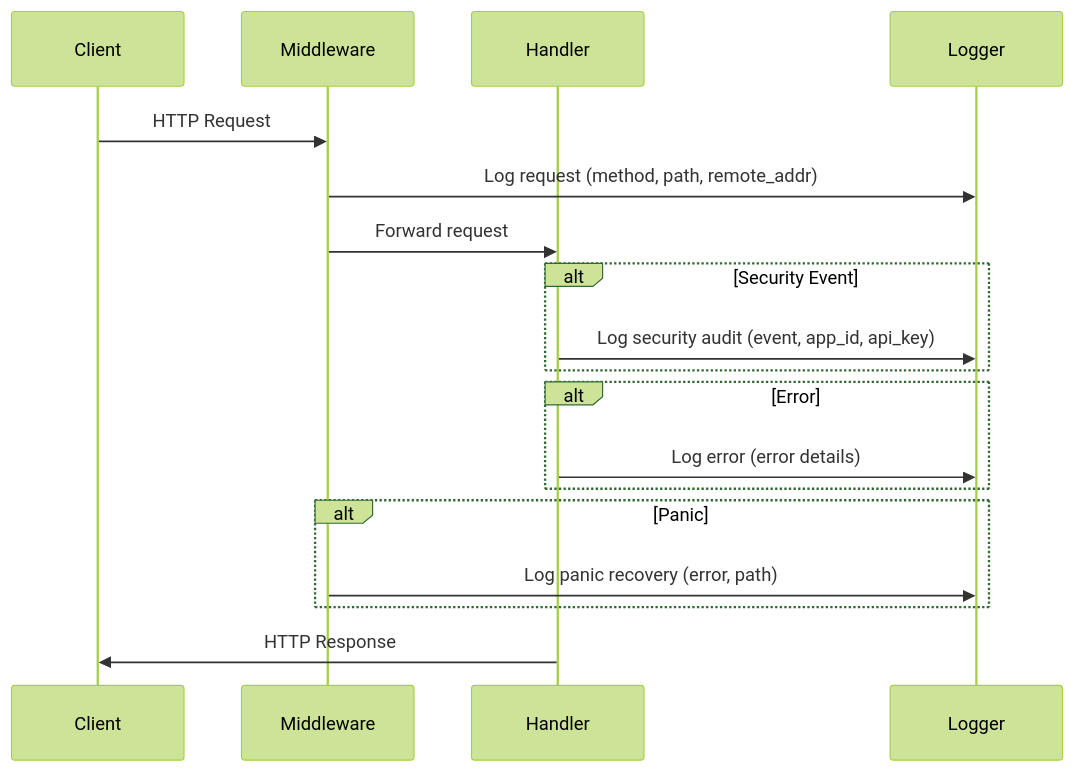
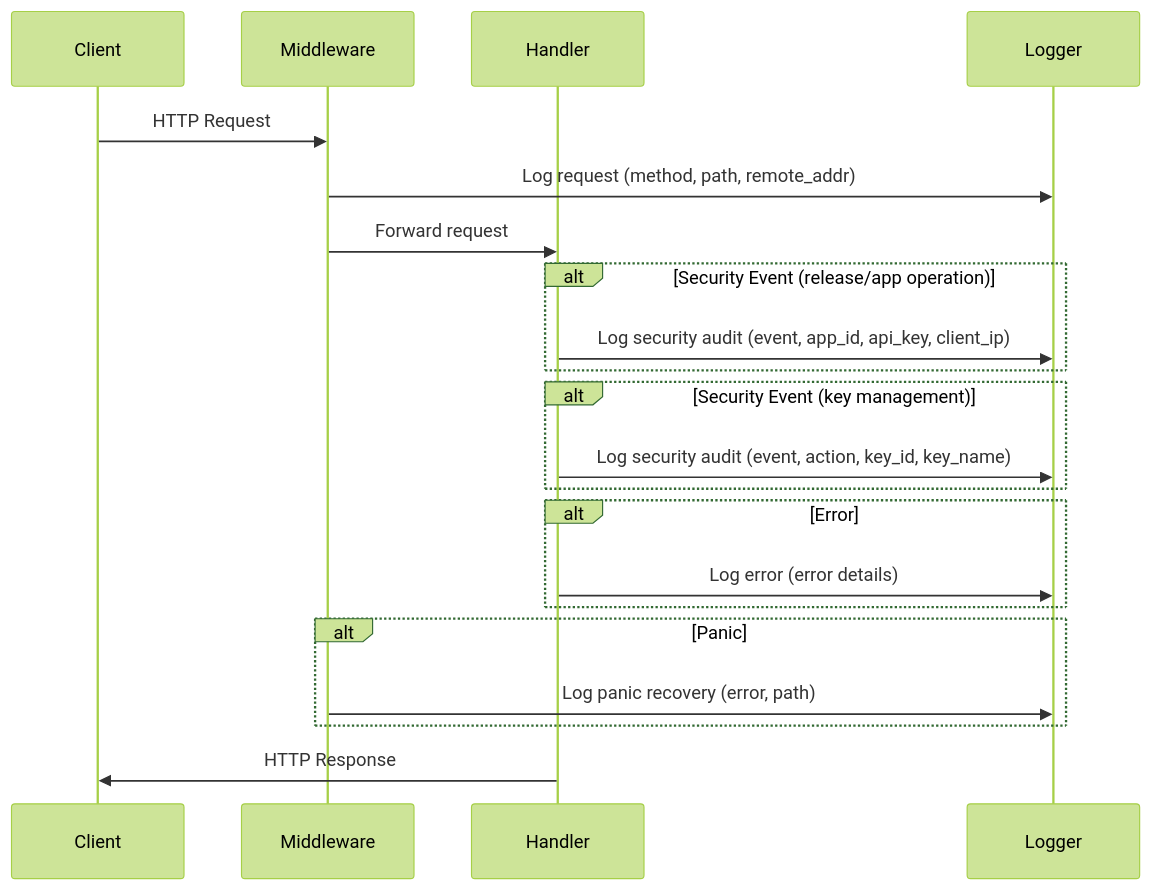
One commit to griffinskudder/updater changed the second of 2 diagrams in docs/logging.md. Above: the diagram before and after it, drawn with Mermaid (forest theme). The commit also changed other lines of this file and 29 other files, not shown here.

````diff
--- a/docs/logging.md
+++ b/docs/logging.md
@@ -127,21 +140,24 @@
 ```mermaid
 sequenceDiagram
     participant C as Client
     participant M as Middleware
     participant H as Handler
     participant L as Logger
 
     C->>M: HTTP Request
     M->>L: Log request (method, path, remote_addr)
     M->>H: Forward request
-    alt Security Event
-        H->>L: Log security audit (event, app_id, api_key)
+    alt Security Event (release/app operation)
+        H->>L: Log security audit (event, app_id, api_key, client_ip)
+    end
+    alt Security Event (key management)
+        H->>L: Log security audit (event, action, key_id, key_name)
     end
     alt Error
         H->>L: Log error (error details)
     end
     alt Panic
         M->>L: Log panic recovery (error, path)
     end
     H->>C: HTTP Response
 ```
````
